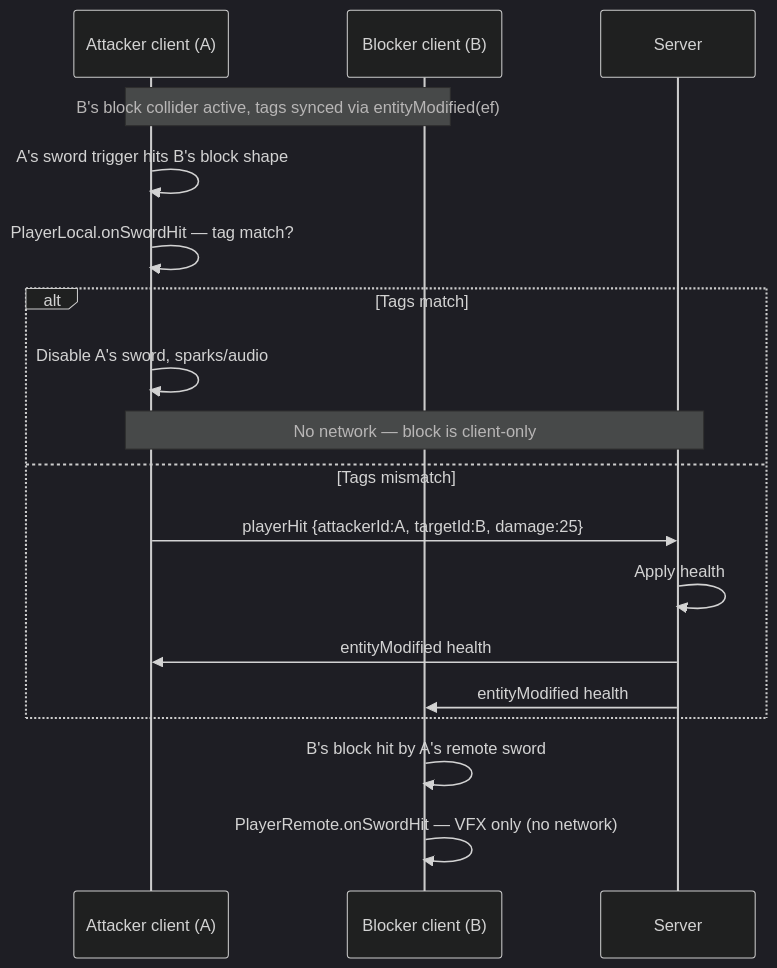
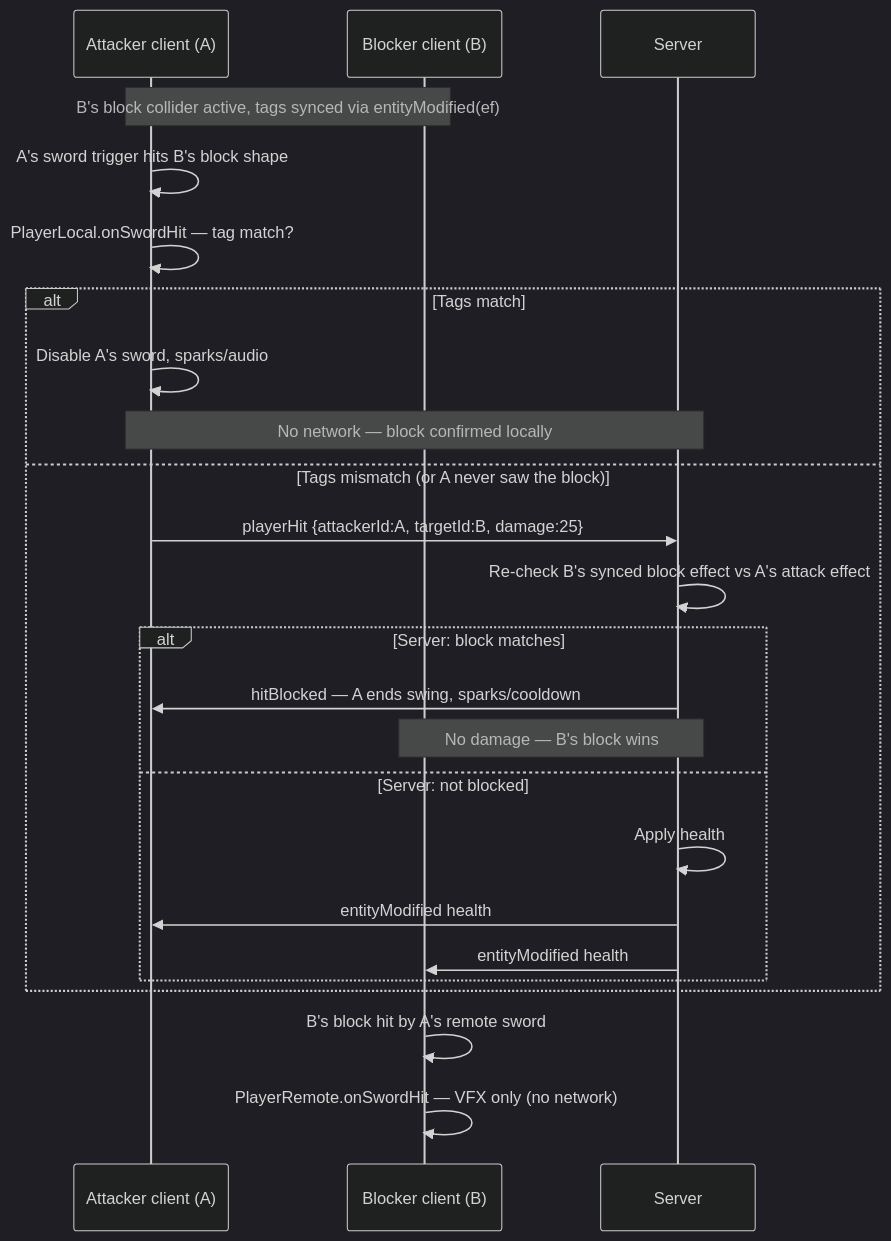
One commit to battlejoose/hyperfy changed the diagram in docs/combat.md. Above: the diagram before and after it, drawn with Mermaid (dark theme). The commit also changed other lines of this file and 6 other files, not shown here.

````diff
--- a/docs/combat.md
+++ b/docs/combat.md
@@ -166,23 +178,29 @@
 ```mermaid
 sequenceDiagram
     participant A as Attacker client (A)
     participant B as Blocker client (B)
     participant S as Server
 
     Note over A,B: B's block collider active, tags synced via entityModified(ef)
 
     A->>A: A's sword trigger hits B's block shape
     A->>A: PlayerLocal.onSwordHit — tag match?
     alt Tags match
         A->>A: Disable A's sword, sparks/audio
-        Note over A,S: No network — block is client-only
-    else Tags mismatch
+        Note over A,S: No network — block confirmed locally
+    else Tags mismatch (or A never saw the block)
         A->>S: playerHit {attackerId:A, targetId:B, damage:25}
-        S->>S: Apply health
-        S->>A: entityModified health
-        S->>B: entityModified health
+        S->>S: Re-check B's synced block effect vs A's attack effect
+        alt Server: block matches
+            S->>A: hitBlocked — A ends swing, sparks/cooldown
+            Note over S,B: No damage — B's block wins
+        else Server: not blocked
+            S->>S: Apply health
+            S->>A: entityModified health
+            S->>B: entityModified health
+        end
     end
 
     B->>B: B's block hit by A's remote sword
     B->>B: PlayerRemote.onSwordHit — VFX only (no network)
 ```
````
